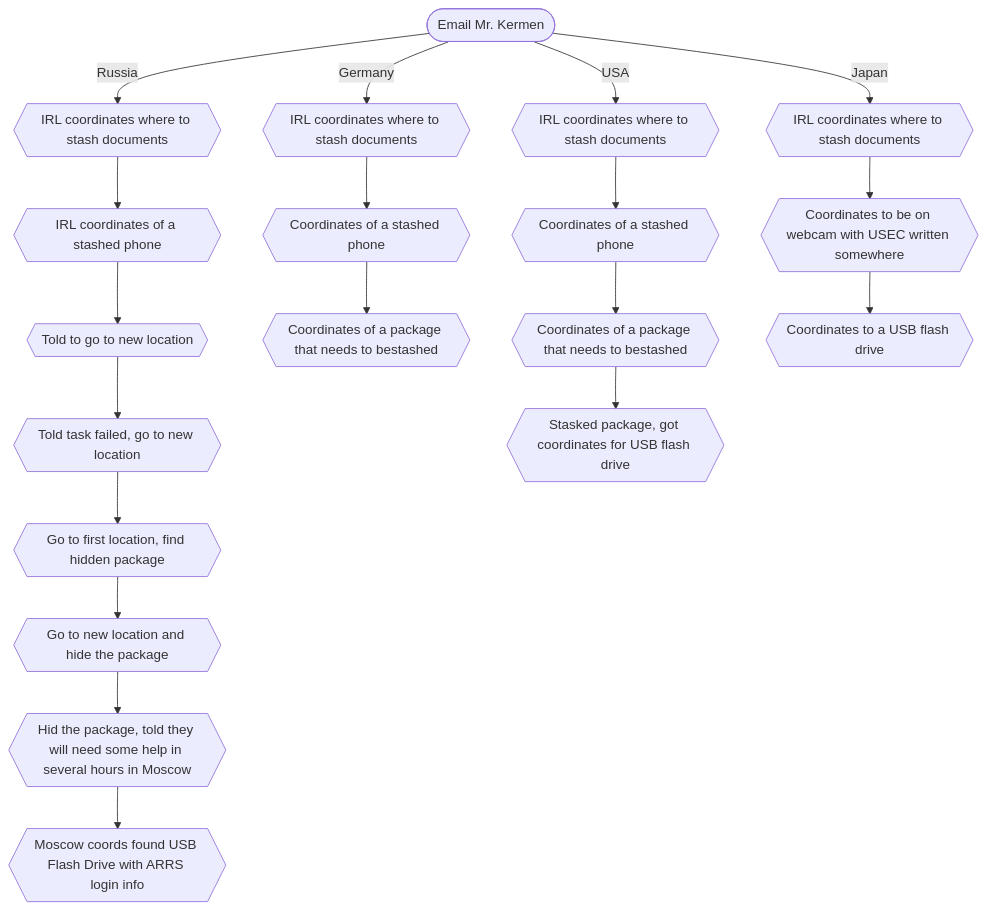
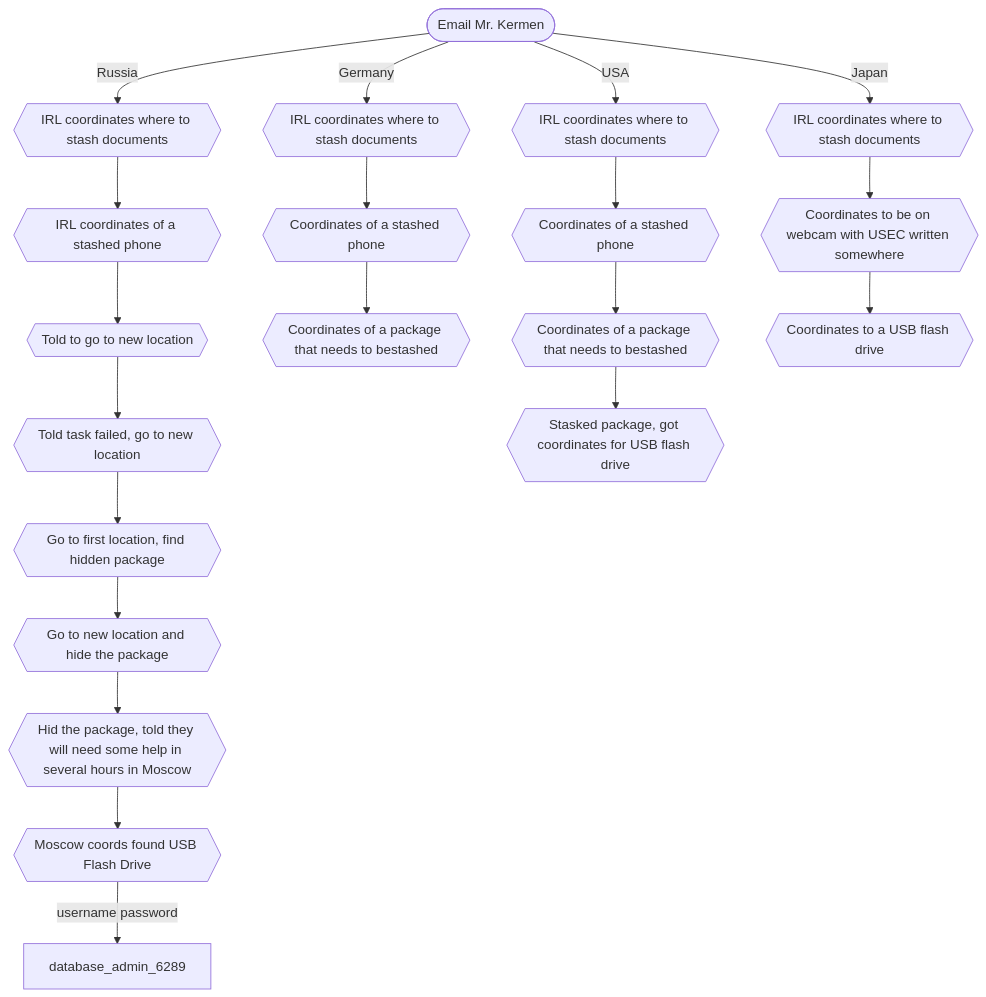
The diagram in irl2-tracker.md (3ncy/ARRS-s5), drawn with Mermaid before and after one commit.

````diff
--- a/irl2-tracker.md
+++ b/irl2-tracker.md
@@ -4,24 +4,25 @@
 ```mermaid
 graph TD;
     email(["Email Mr. Kermen"]) --Russia--> irl2{{IRL coordinates where to stash documents}};
     irl2 --> irl3{{IRL coordinates of a stashed phone}};
     irl3 --> irl4{{Told to go to new location}};
     irl4 --> irl5{{Told task failed, go to new location}};
     irl5 --> irl6{{Go to first location, find hidden package}};
     irl6 --> irl7{{Go to new location and hide the package}};
     irl7 --> irl8{{Hid the package, told they will need some help in several hours in Moscow}};
-    irl8 --> irl9{{Moscow coords found USB Flash Drive with ARRS login info}}
+    irl8 --> irl9{{Moscow coords found USB Flash Drive}};
+    irl9 --username password--> database_admin_6289
 
     email(["Email Mr. Kermen"]) --Germany--> irle2{{IRL coordinates where to stash documents}};
     irle2 --> irle3{{Coordinates of a stashed phone}};
     irle3 --> irle4{{Coordinates of a package that needs to bestashed}}
 
     email(["Email Mr. Kermen"]) --USA--> irlu2{{IRL coordinates where to stash documents}};
     irlu2 --> irlu3{{Coordinates of a stashed phone}};
     irlu3 --> irlu4{{Coordinates of a package that needs to bestashed}};
     irlu4 --> irlu5{{Stasked package, got coordinates for USB flash drive}}
 
     email(["Email Mr. Kermen"]) --Japan--> irlj2{{IRL coordinates where to stash documents}};
     irlj2 --> irlj3{{Coordinates to be on webcam with USEC written somewhere}};
     irlj3 --> irlj4{{Coordinates to a USB flash drive}}
 ```
````
